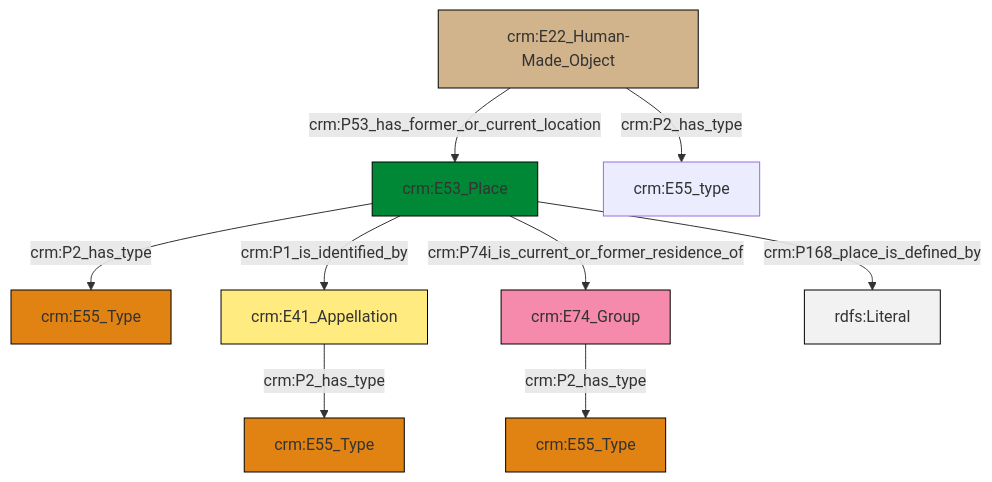
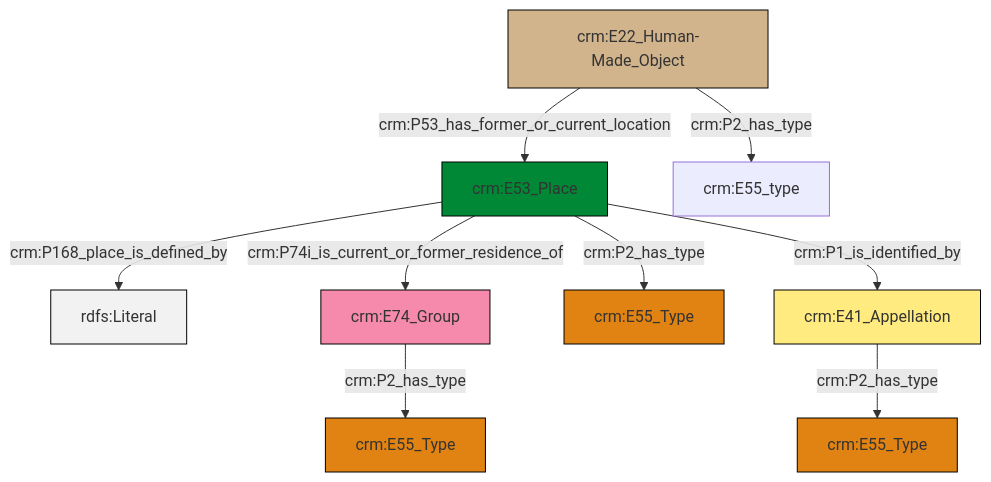
One commit to swiss-art-research-net/docs.swissartresearch changed the diagram in et/artworkCSV/ttl/mmd/Artwork_Location.ttl.mmd. Above: the diagram before and after it, drawn with Mermaid. The commit also changed 173 other files, not shown here.

```diff
--- a/et/artworkCSV/ttl/mmd/Artwork_Location.ttl.mmd
+++ b/et/artworkCSV/ttl/mmd/Artwork_Location.ttl.mmd
@@ -1,23 +1,23 @@
 graph TD
 classDef Literal fill:#f2f2f2,stroke:#000000;
 classDef CRM_Entity fill:#FFFFFF,stroke:#000000;
 classDef Temporal_Entity fill:#00C9E6, stroke:#000000;
 classDef Type fill:#E18312, stroke:#000000;
 classDef Time-Span fill:#2C9C91, stroke:#000000;
 classDef Appellation fill:#FFEB7F, stroke:#000000;
 classDef Place fill:#008836, stroke:#000000;
 classDef Persistent_Item fill:#B266B2, stroke:#000000;
 classDef Conceptual_Object fill:#FFD700, stroke:#000000;
 classDef Physical_Thing fill:#D2B48C, stroke:#000000;
 classDef Actor fill:#f58aad, stroke:#000000;
 classDef PC_Classes fill:#4ce600, stroke:#000000;
 classDef Multi fill:#cccccc,stroke:#000000;
 
-2["crm:E74_Group"]:::Actor -->|crm:P2_has_type| 3["crm:E55_Type"]:::Type
-8["crm:E22_Human-Made_Object"]:::Physical_Thing -->|crm:P53_has_former_or_current_location| 9["crm:E53_Place"]:::Place
-4["crm:E41_Appellation"]:::Appellation -->|crm:P2_has_type| 6["crm:E55_Type"]:::Type
-9["crm:E53_Place"]:::Place -->|crm:P1_is_identified_by| 4["crm:E41_Appellation"]:::Appellation
-9["crm:E53_Place"]:::Place -->|crm:P168_place_is_defined_by| 12[rdfs:Literal]:::Literal
-8["crm:E22_Human-Made_Object"]:::Physical_Thing -->|crm:P2_has_type| 15["crm:E55_type"]:::Default
-9["crm:E53_Place"]:::Place -->|crm:P74i_is_current_or_former_residence_of| 2["crm:E74_Group"]:::Actor
-9["crm:E53_Place"]:::Place -->|crm:P2_has_type| 0["crm:E55_Type"]:::Type
+2["crm:E53_Place"]:::Place -->|crm:P168_place_is_defined_by| 3[rdfs:Literal]:::Literal
+2["crm:E53_Place"]:::Place -->|crm:P74i_is_current_or_former_residence_of| 4["crm:E74_Group"]:::Actor
+0["crm:E22_Human-Made_Object"]:::Physical_Thing -->|crm:P53_has_former_or_current_location| 2["crm:E53_Place"]:::Place
+2["crm:E53_Place"]:::Place -->|crm:P1_is_identified_by| 8["crm:E41_Appellation"]:::Appellation
+8["crm:E41_Appellation"]:::Appellation -->|crm:P2_has_type| 10["crm:E55_Type"]:::Type
+0["crm:E22_Human-Made_Object"]:::Physical_Thing -->|crm:P2_has_type| 13["crm:E55_type"]:::Default
+2["crm:E53_Place"]:::Place -->|crm:P2_has_type| 6["crm:E55_Type"]:::Type
+4["crm:E74_Group"]:::Actor -->|crm:P2_has_type| 11["crm:E55_Type"]:::Type
```
